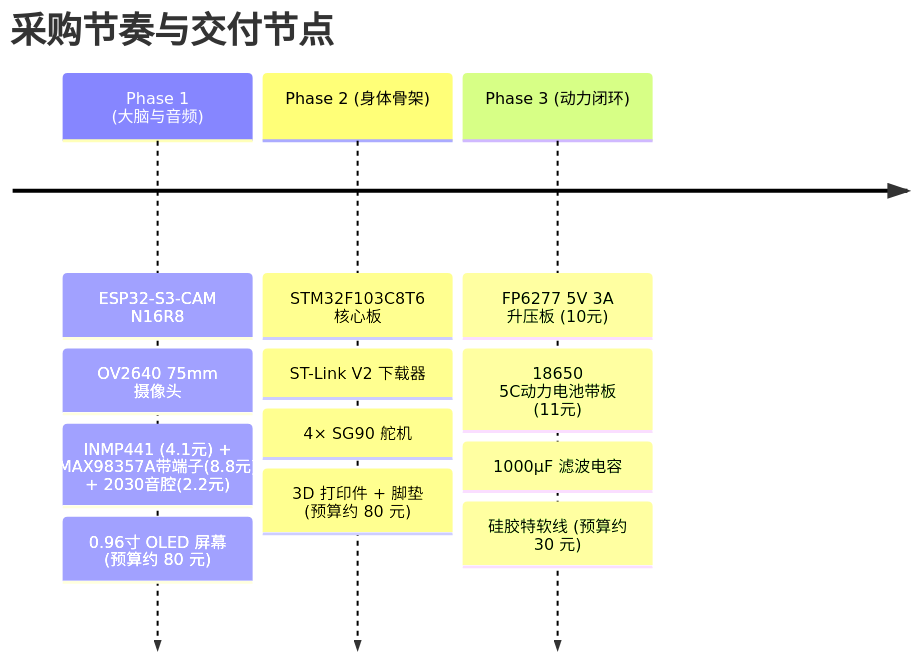
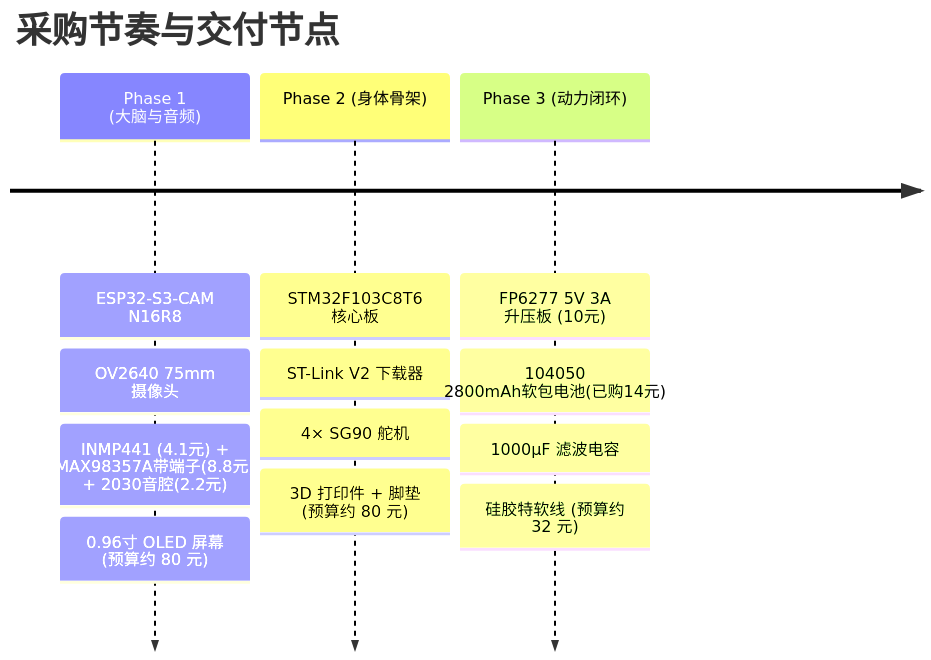
Before and after one commit to lllaaa999/-: the diagram in docs/hardware/BOM.md, drawn with Mermaid. The commit also changed other lines of this file and 5 other files, not shown here.

````diff
--- a/docs/hardware/BOM.md
+++ b/docs/hardware/BOM.md
@@ -74,7 +75,7 @@
 ```mermaid
 timeline
     title 采购节奏与交付节点
     Phase 1 (大脑与音频) : ESP32-S3-CAM N16R8 : OV2640 75mm 摄像头 : INMP441 (4.1元) + MAX98357A带端子(8.8元) + 2030音腔(2.2元) : 0.96寸 OLED 屏幕 (预算约 80 元)
     Phase 2 (身体骨架) : STM32F103C8T6 核心板 : ST-Link V2 下载器 : 4× SG90 舵机 : 3D 打印件 + 脚垫 (预算约 80 元)
-    Phase 3 (动力闭环) : FP6277 5V 3A 升压板 (10元) : 18650 5C动力电池带板 (11元) : 1000µF 滤波电容 : 硅胶特软线 (预算约 30 元)
+    Phase 3 (动力闭环) : FP6277 5V 3A 升压板 (10元) : 104050 2800mAh软包电池(已购14元) : 1000µF 滤波电容 : 硅胶特软线 (预算约 32 元)
 ```
````
